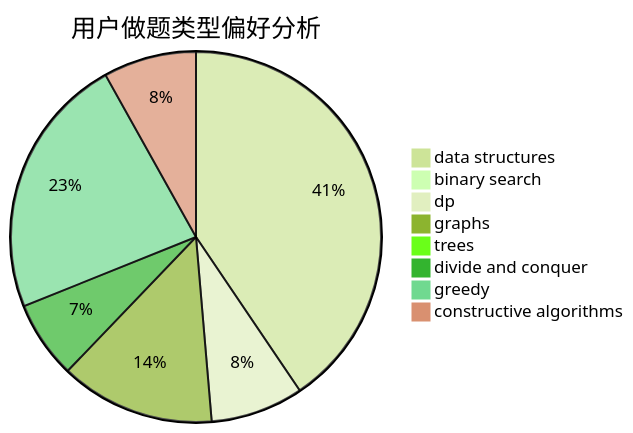
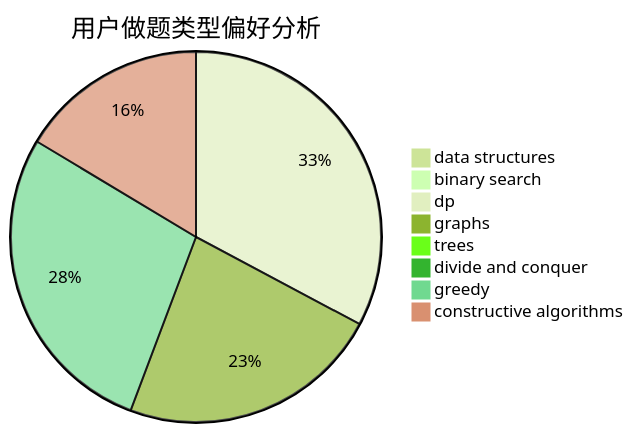
The second of 3 diagrams in docs/user/u2412.md (sherpahu/cfrs.github.io), drawn with Mermaid (forest theme) before and after one commit. The commit also changed other lines of this file and 2770 other files, not shown here.

````diff
--- a/docs/user/u2412.md
+++ b/docs/user/u2412.md
@@ -23,11 +23,11 @@
 ```mermaid
 pie title 用户做题类型偏好分析
-    "data structures" :  30
-    "binary search" :  0
-    "dp" :  6
-    "graphs" :  10
+    "data structures" :  0
+    "binary search" :  1
+    "dp" :  40
+    "graphs" :  28
     "trees" :  0
-    "divide and conquer" :  5
-    "greedy" :  17
-    "constructive algorithms" :  6
+    "divide and conquer" :  0
+    "greedy" :  34
+    "constructive algorithms" :  20
 ```
````
